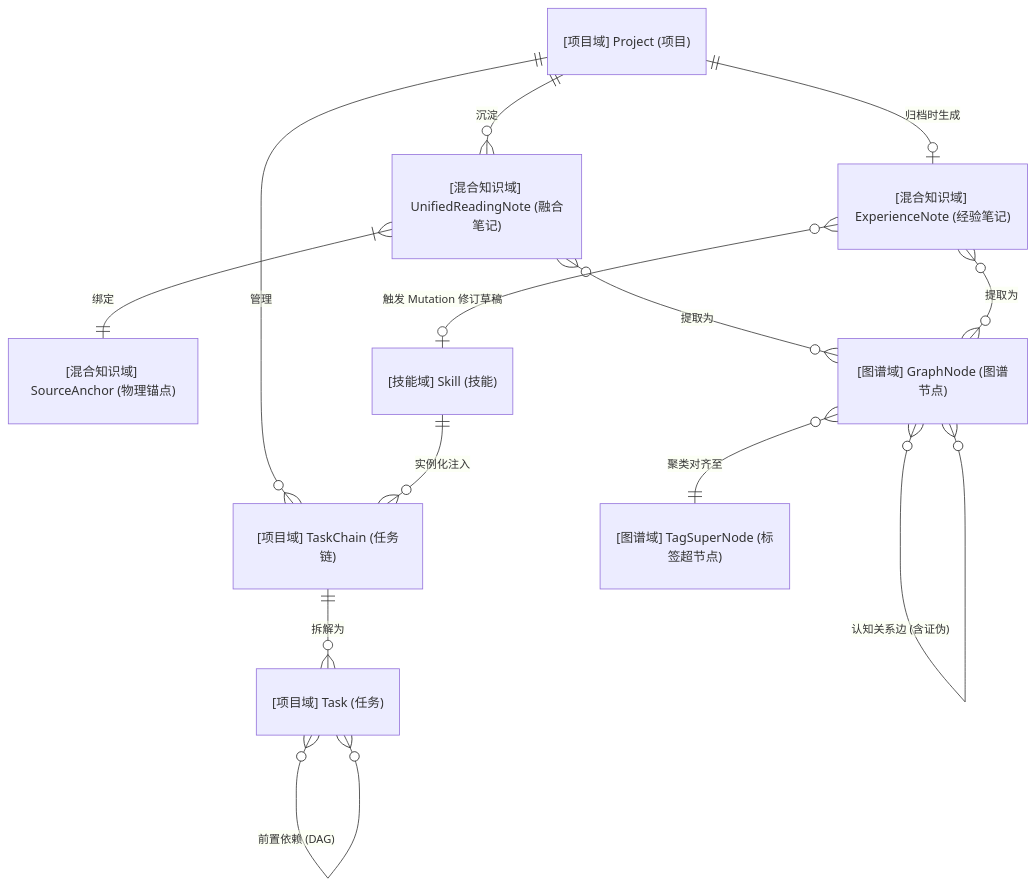
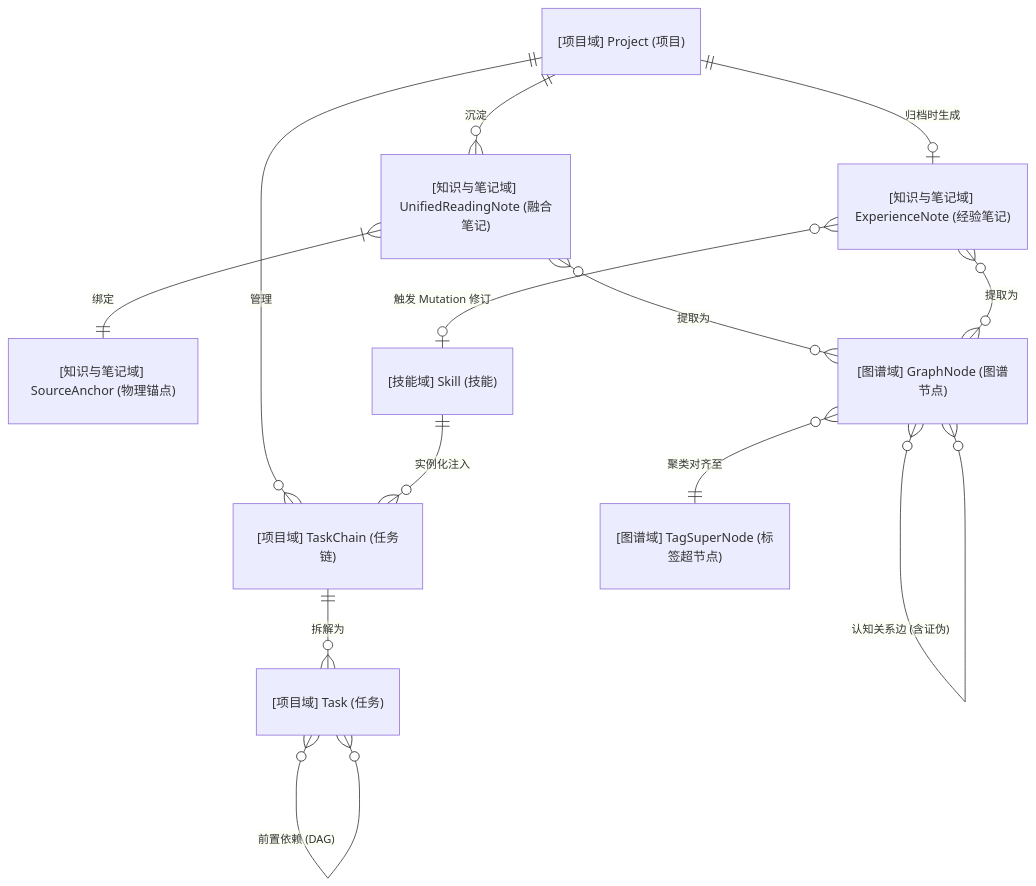
Before and after one commit to shanglihong/i-have-a-plan: the third of 3 diagrams in docs/06_system_architecture/backend_design_spec_v1.0.md, drawn with Mermaid. The commit also changed other lines of this file, not shown here.

Commit message:
docs: update backend design specification to reflect latest architectural changes

````diff
--- a/docs/06_system_architecture/backend_design_spec_v1.0.md
+++ b/docs/06_system_architecture/backend_design_spec_v1.0.md
@@ -158,22 +165,22 @@
 ```mermaid
 erDiagram
     %% 项目与任务领域
     "[项目域] Project (项目)" ||--o{ "[项目域] TaskChain (任务链)" : "管理"
     "[项目域] TaskChain (任务链)" ||--o{ "[项目域] Task (任务)" : "拆解为"
     "[项目域] Task (任务)" }o--o{ "[项目域] Task (任务)" : "前置依赖 (DAG)"
 
-    %% 混合知识领域
-    "[项目域] Project (项目)" ||--o{ "[混合知识域] UnifiedReadingNote (融合笔记)" : "沉淀"
-    "[项目域] Project (项目)" ||--o| "[混合知识域] ExperienceNote (经验笔记)" : "归档时生成"
-    "[混合知识域] UnifiedReadingNote (融合笔记)" }|--|| "[混合知识域] SourceAnchor (物理锚点)" : "绑定"
+    %% 混合知识与笔记领域
+    "[项目域] Project (项目)" ||--o{ "[知识与笔记域] UnifiedReadingNote (融合笔记)" : "沉淀"
+    "[项目域] Project (项目)" ||--o| "[知识与笔记域] ExperienceNote (经验笔记)" : "归档时生成"
+    "[知识与笔记域] UnifiedReadingNote (融合笔记)" }|--|| "[知识与笔记域] SourceAnchor (物理锚点)" : "绑定"
     
     %% 图谱领域 (混合知识引擎底层)
-    "[混合知识域] UnifiedReadingNote (融合笔记)" }o--o{ "[图谱域] GraphNode (图谱节点)" : "提取为"
-    "[混合知识域] ExperienceNote (经验笔记)" }o--o{ "[图谱域] GraphNode (图谱节点)" : "提取为"
+    "[知识与笔记域] UnifiedReadingNote (融合笔记)" }o--o{ "[图谱域] GraphNode (图谱节点)" : "提取为"
+    "[知识与笔记域] ExperienceNote (经验笔记)" }o--o{ "[图谱域] GraphNode (图谱节点)" : "提取为"
     "[图谱域] GraphNode (图谱节点)" }o--o{ "[图谱域] GraphNode (图谱节点)" : "认知关系边 (含证伪)"
     "[图谱域] GraphNode (图谱节点)" }o--|| "[图谱域] TagSuperNode (标签超节点)" : "聚类对齐至"
 
     %% 技能提炼领域
     "[技能域] Skill (技能)" ||--o{ "[项目域] TaskChain (任务链)" : "实例化注入"
-    "[混合知识域] ExperienceNote (经验笔记)" }o--o| "[技能域] Skill (技能)" : "触发 Mutation 修订草稿"
+    "[知识与笔记域] ExperienceNote (经验笔记)" }o--o| "[技能域] Skill (技能)" : "触发 Mutation 修订"
 ```
````
